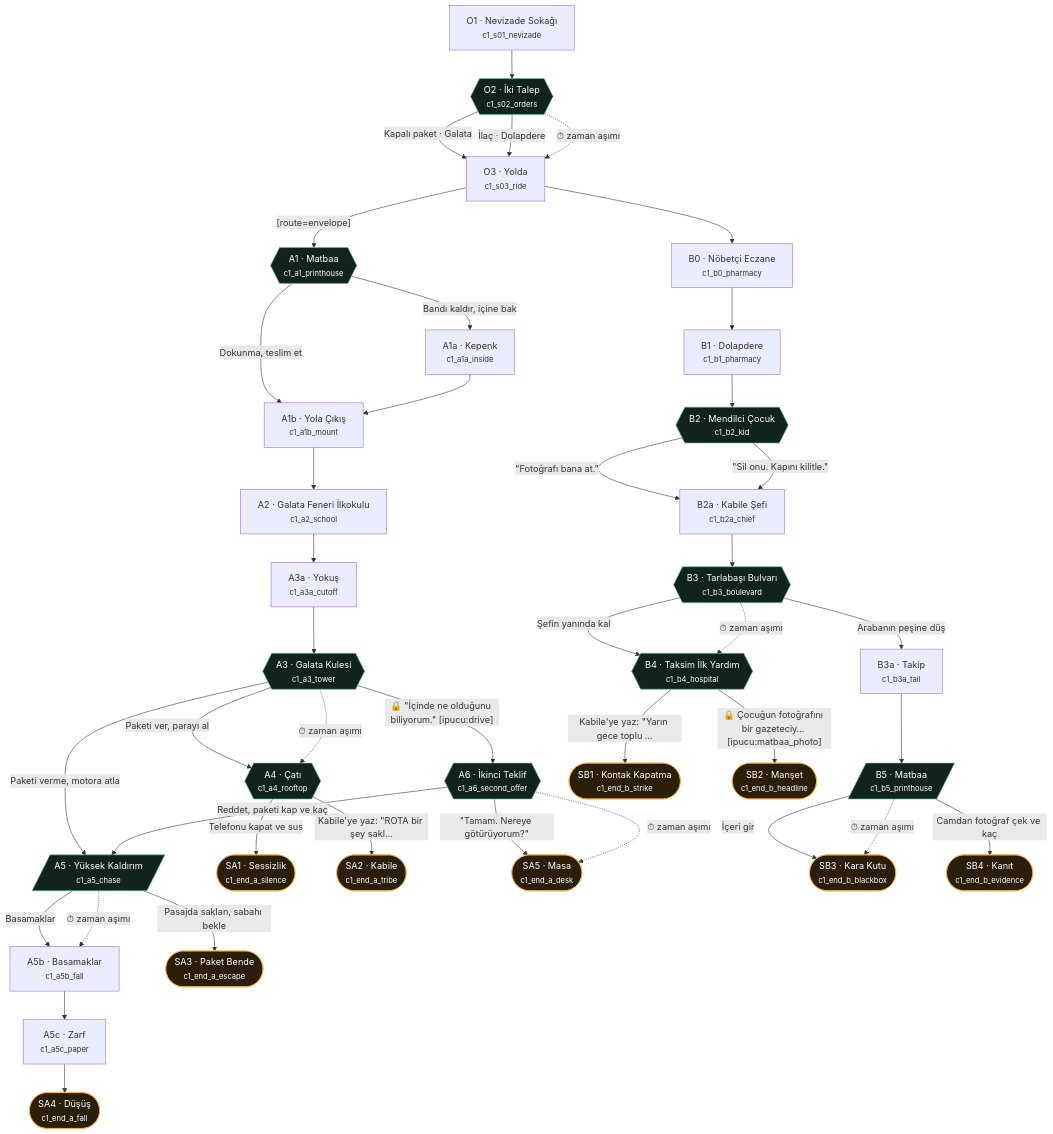
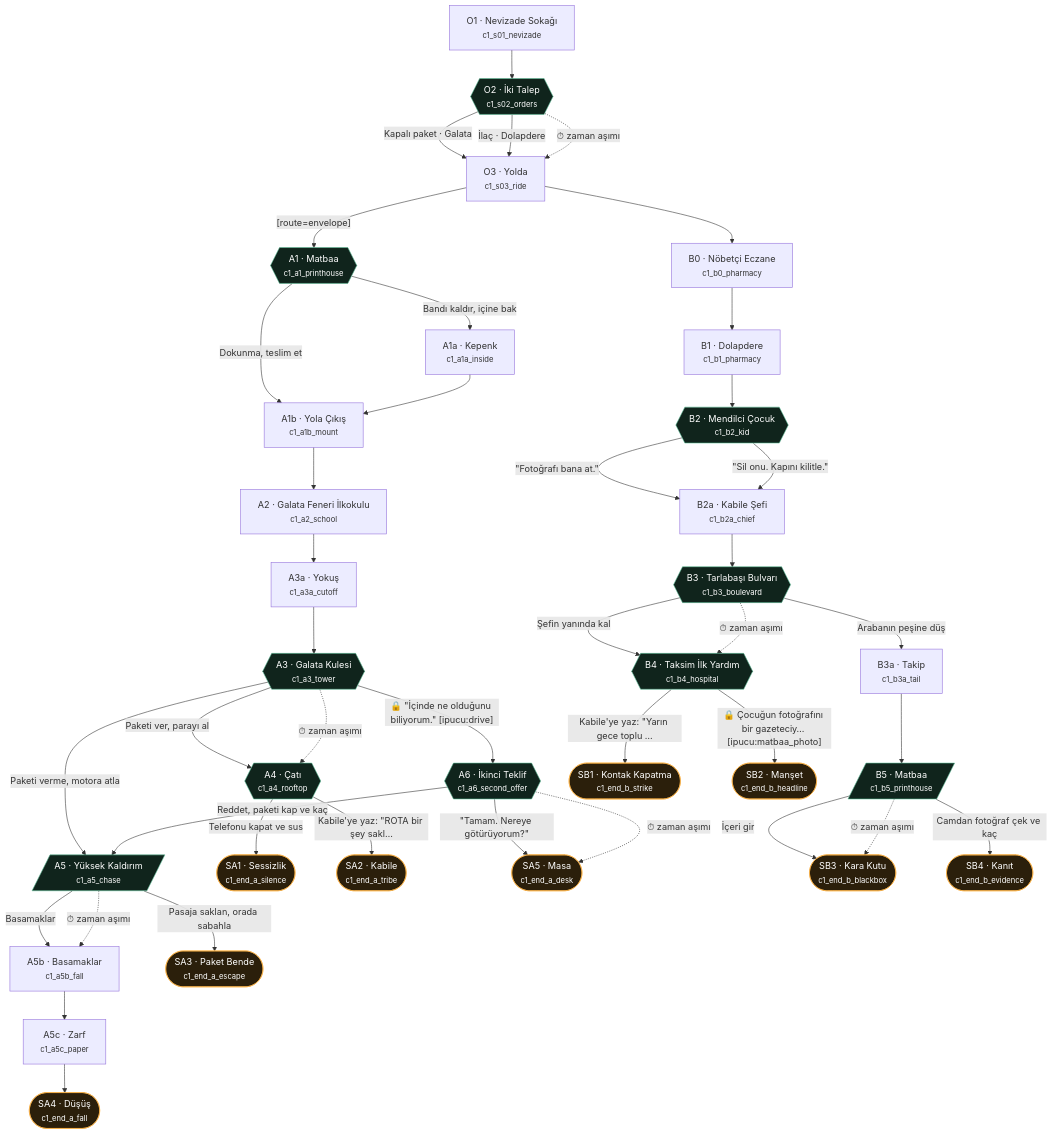
Before and after one commit to grafikerkafasi/cico: the diagram in docs/story-flow.md, drawn with Mermaid. The commit also changed 5 other files, not shown here.

````diff
--- a/docs/story-flow.md
+++ b/docs/story-flow.md
@@ -66,78 +66,78 @@
 ```mermaid
 flowchart TD
   c1_s01_nevizade["O1 · Nevizade Sokağı<br/><small>c1_s01_nevizade</small>"]
   c1_s02_orders{{"O2 · İki Talep<br/><small>c1_s02_orders</small>"}}
   c1_s03_ride["O3 · Yolda<br/><small>c1_s03_ride</small>"]
   c1_a1_printhouse{{"A1 · Matbaa<br/><small>c1_a1_printhouse</small>"}}
   c1_a1a_inside["A1a · Kepenk<br/><small>c1_a1a_inside</small>"]
   c1_a1b_mount["A1b · Yola Çıkış<br/><small>c1_a1b_mount</small>"]
   c1_a2_school["A2 · Galata Feneri İlkokulu<br/><small>c1_a2_school</small>"]
   c1_a3a_cutoff["A3a · Yokuş<br/><small>c1_a3a_cutoff</small>"]
   c1_a3_tower{{"A3 · Galata Kulesi<br/><small>c1_a3_tower</small>"}}
   c1_a4_rooftop{{"A4 · Çatı<br/><small>c1_a4_rooftop</small>"}}
   c1_a5_chase[/"A5 · Yüksek Kaldırım<br/><small>c1_a5_chase</small>"/]
   c1_a5b_fall["A5b · Basamaklar<br/><small>c1_a5b_fall</small>"]
   c1_a5c_paper["A5c · Zarf<br/><small>c1_a5c_paper</small>"]
   c1_a6_second_offer{{"A6 · İkinci Teklif<br/><small>c1_a6_second_offer</small>"}}
   c1_b0_pharmacy["B0 · Nöbetçi Eczane<br/><small>c1_b0_pharmacy</small>"]
   c1_b1_pharmacy["B1 · Dolapdere<br/><small>c1_b1_pharmacy</small>"]
   c1_b2_kid{{"B2 · Mendilci Çocuk<br/><small>c1_b2_kid</small>"}}
   c1_b2a_chief["B2a · Kabile Şefi<br/><small>c1_b2a_chief</small>"]
   c1_b3_boulevard{{"B3 · Tarlabaşı Bulvarı<br/><small>c1_b3_boulevard</small>"}}
   c1_b3a_tail["B3a · Takip<br/><small>c1_b3a_tail</small>"]
   c1_b4_hospital{{"B4 · Taksim İlk Yardım<br/><small>c1_b4_hospital</small>"}}
   c1_b5_printhouse[/"B5 · Matbaa<br/><small>c1_b5_printhouse</small>"/]
   c1_end_a_silence(["SA1 · Sessizlik<br/><small>c1_end_a_silence</small>"])
   c1_end_a_tribe(["SA2 · Kabile<br/><small>c1_end_a_tribe</small>"])
   c1_end_a_escape(["SA3 · Paket Bende<br/><small>c1_end_a_escape</small>"])
   c1_end_a_fall(["SA4 · Düşüş<br/><small>c1_end_a_fall</small>"])
   c1_end_a_desk(["SA5 · Masa<br/><small>c1_end_a_desk</small>"])
   c1_end_b_strike(["SB1 · Kontak Kapatma<br/><small>c1_end_b_strike</small>"])
   c1_end_b_headline(["SB2 · Manşet<br/><small>c1_end_b_headline</small>"])
   c1_end_b_blackbox(["SB3 · Kara Kutu<br/><small>c1_end_b_blackbox</small>"])
   c1_end_b_evidence(["SB4 · Kanıt<br/><small>c1_end_b_evidence</small>"])
   c1_s01_nevizade --> c1_s02_orders
   c1_s02_orders -->|"Kapalı paket · Galata"| c1_s03_ride
   c1_s02_orders -->|"İlaç · Dolapdere"| c1_s03_ride
   c1_s02_orders -.->|"⏱ zaman aşımı"| c1_s03_ride
   c1_s03_ride -->|" [route=envelope]"| c1_a1_printhouse
   c1_s03_ride --> c1_b0_pharmacy
   c1_a1_printhouse -->|"Bandı kaldır, içine bak"| c1_a1a_inside
   c1_a1_printhouse -->|"Dokunma, teslim et"| c1_a1b_mount
   c1_a1a_inside --> c1_a1b_mount
   c1_a1b_mount --> c1_a2_school
   c1_a2_school --> c1_a3a_cutoff
   c1_a3a_cutoff --> c1_a3_tower
   c1_a3_tower -->|"Paketi ver, parayı al"| c1_a4_rooftop
   c1_a3_tower -->|"Paketi verme, motora atla"| c1_a5_chase
   c1_a3_tower -->|"🔒 #quot;İçinde ne olduğunu biliyorum.#quot; [ipucu:drive]"| c1_a6_second_offer
   c1_a3_tower -.->|"⏱ zaman aşımı"| c1_a4_rooftop
   c1_a4_rooftop -->|"Kabile'ye yaz: #quot;ROTA bir şey sakl…"| c1_end_a_tribe
   c1_a4_rooftop -->|"Telefonu kapat ve sus"| c1_end_a_silence
   c1_a5_chase -->|"Basamaklar"| c1_a5b_fall
-  c1_a5_chase -->|"Pasajda saklan, sabahı bekle"| c1_end_a_escape
+  c1_a5_chase -->|"Pasaja saklan, orada sabahla"| c1_end_a_escape
   c1_a5_chase -.->|"⏱ zaman aşımı"| c1_a5b_fall
   c1_a5b_fall --> c1_a5c_paper
   c1_a5c_paper --> c1_end_a_fall
   c1_a6_second_offer -->|"#quot;Tamam. Nereye götürüyorum?#quot;"| c1_end_a_desk
   c1_a6_second_offer -->|"Reddet, paketi kap ve kaç"| c1_a5_chase
   c1_a6_second_offer -.->|"⏱ zaman aşımı"| c1_end_a_desk
   c1_b0_pharmacy --> c1_b1_pharmacy
   c1_b1_pharmacy --> c1_b2_kid
   c1_b2_kid -->|"#quot;Fotoğrafı bana at.#quot;"| c1_b2a_chief
   c1_b2_kid -->|"#quot;Sil onu. Kapını kilitle.#quot;"| c1_b2a_chief
   c1_b2a_chief --> c1_b3_boulevard
   c1_b3_boulevard -->|"Şefin yanında kal"| c1_b4_hospital
   c1_b3_boulevard -->|"Arabanın peşine düş"| c1_b3a_tail
   c1_b3_boulevard -.->|"⏱ zaman aşımı"| c1_b4_hospital
   c1_b3a_tail --> c1_b5_printhouse
   c1_b4_hospital -->|"Kabile'ye yaz: #quot;Yarın gece toplu …"| c1_end_b_strike
   c1_b4_hospital -->|"🔒 Çocuğun fotoğrafını bir gazeteciy… [ipucu:matbaa_photo]"| c1_end_b_headline
   c1_b5_printhouse -->|"İçeri gir"| c1_end_b_blackbox
   c1_b5_printhouse -->|"Camdan fotoğraf çek ve kaç"| c1_end_b_evidence
   c1_b5_printhouse -.->|"⏱ zaman aşımı"| c1_end_b_blackbox
   classDef ending fill:#2b1f0b,stroke:#ffb547,color:#fff;
   classDef choice fill:#10241c,stroke:#5fc29a,color:#fff;
   class c1_end_a_silence,c1_end_a_tribe,c1_end_a_escape,c1_end_a_fall,c1_end_a_desk,c1_end_b_strike,c1_end_b_headline,c1_end_b_blackbox,c1_end_b_evidence ending;
   class c1_s02_orders,c1_a1_printhouse,c1_a3_tower,c1_a4_rooftop,c1_a5_chase,c1_a6_second_offer,c1_b2_kid,c1_b3_boulevard,c1_b4_hospital,c1_b5_printhouse choice;
 ```
````
